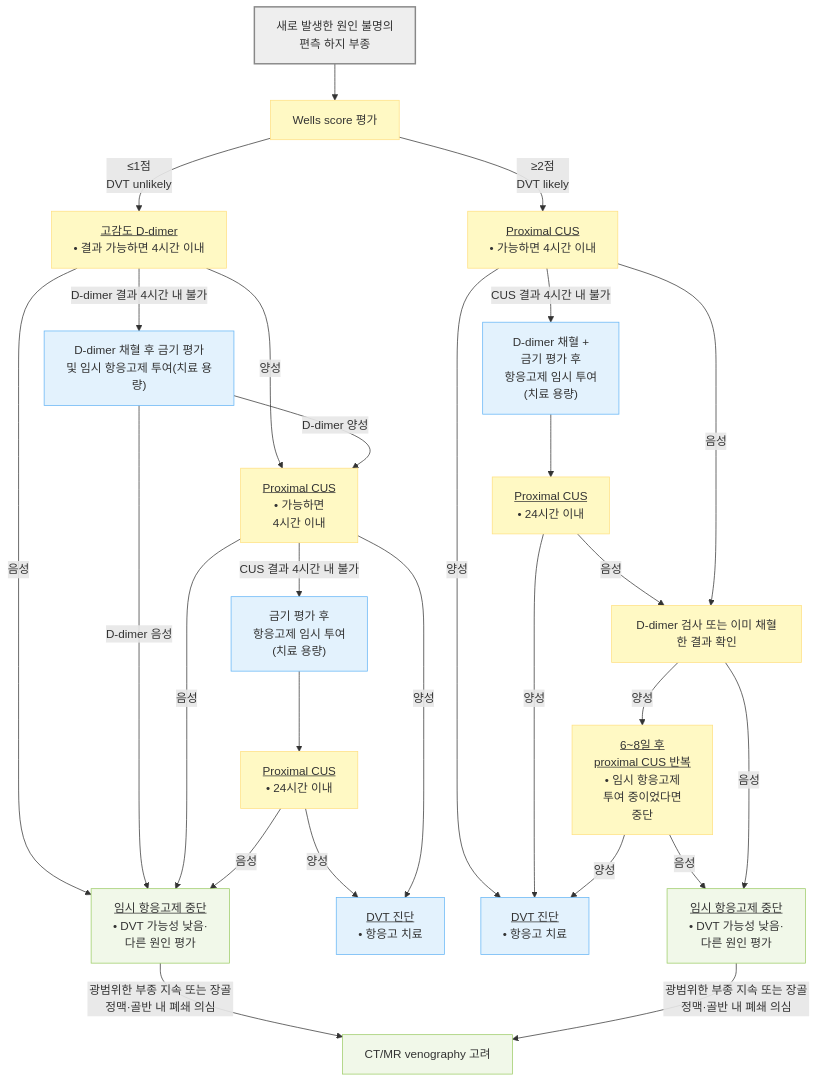
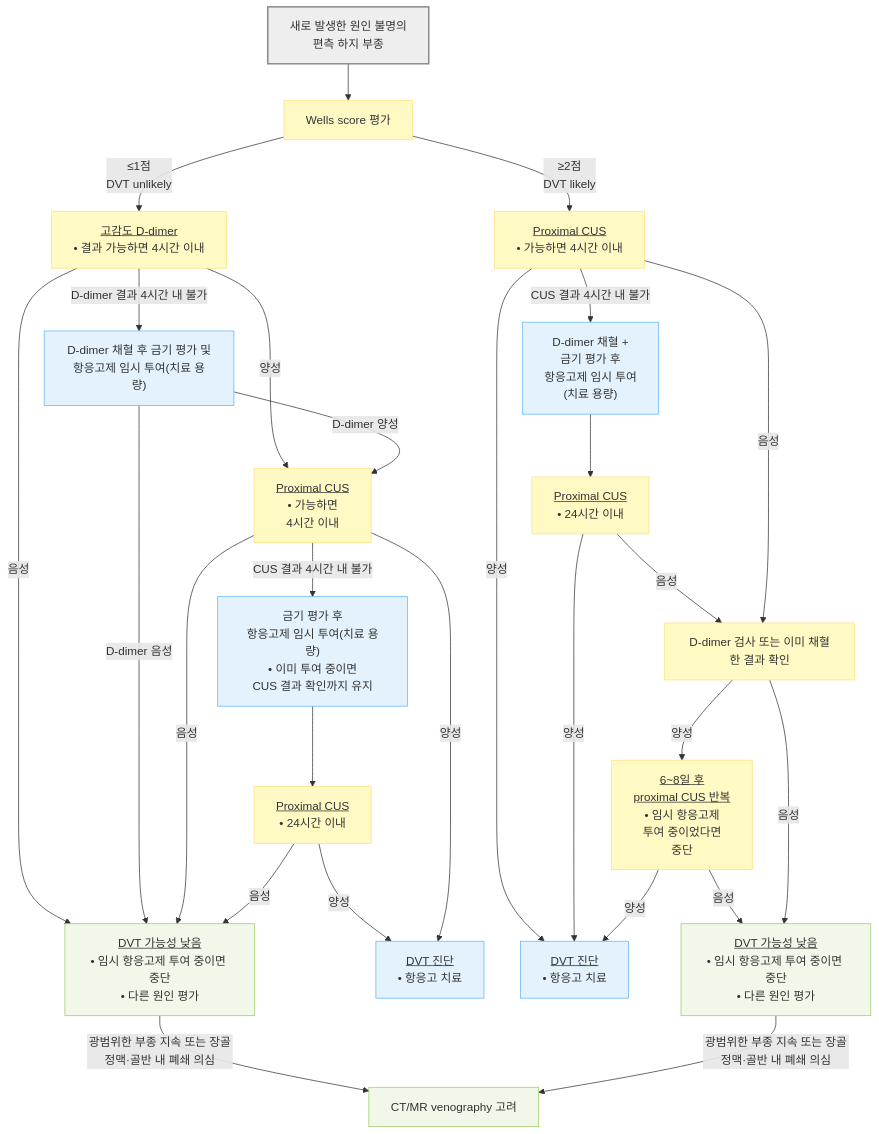
The first of 5 diagrams in 220_/012_-edema.md (familyoh77/familyoh77), drawn with Mermaid before and after one commit. The commit also changed other lines of this file, not shown here.

````diff
--- a/220_/012_-edema.md
+++ b/220_/012_-edema.md
@@ -243,37 +244,37 @@
 ```mermaid
 flowchart TD
 SG1["새로 발생한 원인 불명의<br/>편측 하지 부종"] --> B["Wells score 평가"]
 B -- "≤1점<br/>DVT unlikely" --> C["<u>고감도 D-dimer</u><br/>• 결과 가능하면 4시간 이내"]
-C -- "음성" --> E["<u>임시 항응고제 중단</u><br/>• DVT 가능성 낮음·<br/>다른 원인 평가"]
+C -- "음성" --> E["<u>DVT 가능성 낮음</u><br/>• 임시 항응고제 투여 중이면 중단<br/>• 다른 원인 평가"]
 C -- "양성" --> D1["<u>Proximal CUS</u><br/>• 가능하면 <br/>4시간 이내"]
-C -- "D-dimer 결과 4시간 내 불가" --> I1["D-dimer 채혈 후 금기 평가<br/>및 임시 항응고제 투여(치료 용량)"]
+C -- "D-dimer 결과 4시간 내 불가" --> I1["D-dimer 채혈 후 금기 평가 및<br/>항응고제 임시 투여(치료 용량)"]
 I1 -- "D-dimer 음성" --> E
 I1 -- "D-dimer 양성" --> D1
 B -- "≥2점<br/>DVT likely" --> D2["<u>Proximal CUS</u><br/>• 가능하면 4시간 이내"]
 D1 -- "음성" --> E
-D1 -- "CUS 결과 4시간 내 불가" --> I3["금기 평가 후 <br/>항응고제 임시 투여<br/>(치료 용량)"]
+D1 -- "CUS 결과 4시간 내 불가" --> I3["금기 평가 후<br/>항응고제 임시 투여(치료 용량)<br/>• 이미 투여 중이면<br/>CUS 결과 확인까지 유지"]
 I3 --> D4["<u>Proximal CUS</u><br/>• 24시간 이내"]
 D4 -- "양성" --> G0
 D4 -- "음성" --> E
 D1 -- "양성" --> G0["<u>DVT 진단</u><br/>• 항응고 치료"]
 D2 -- "양성" --> G["<u>DVT 진단</u><br/>• 항응고 치료"]
 D2 -- "CUS 결과 4시간 내 불가" --> I2["D-dimer 채혈 + <br/>금기 평가 후<br/>항응고제 임시 투여<br/>(치료 용량)"]
 I2 --> D3["<u>Proximal CUS</u><br/>• 24시간 이내"]
 D3 -- "양성" --> G
 D3 -- "음성" --> DD["D-dimer 검사 또는 이미 채혈한 결과 확인"]
 D2 -- "음성" --> DD
 DD -- "양성" --> R["<u>6~8일 후 <br/>proximal CUS 반복</u><br/>• 임시 항응고제 <br/>투여 중이었다면 <br/>중단"]
 R -- "양성" --> G
 R -- "음성" --> E0
 E -- "광범위한 부종 지속 또는 장골정맥·골반 내 폐쇄 의심" --> H["CT/MR venography 고려"]
-DD -- "음성" --> E0["<u>임시 항응고제 중단</u><br/>• DVT 가능성 낮음·<br/>다른 원인 평가"]
+DD -- "음성" --> E0["<u>DVT 가능성 낮음</u><br/>• 임시 항응고제 투여 중이면 중단<br/>• 다른 원인 평가"]
 E0 -- "광범위한 부종 지속 또는 장골정맥·골반 내 폐쇄 의심" --> H
 classDef start fill:#eeeeee,stroke:#888888,stroke-width:2px
 classDef question fill:#fff9c4,stroke:#ffe082
 classDef evaluation fill:#f1f8e9,stroke:#9ccc65
 classDef treatment fill:#e3f2fd,stroke:#64b5f6
 class SG1 start
 class B,C,D1,D2,D3,D4,DD,R question
 class E,H,E0 evaluation
 class I1,I2,I3,G0,G treatment
 ```
````
